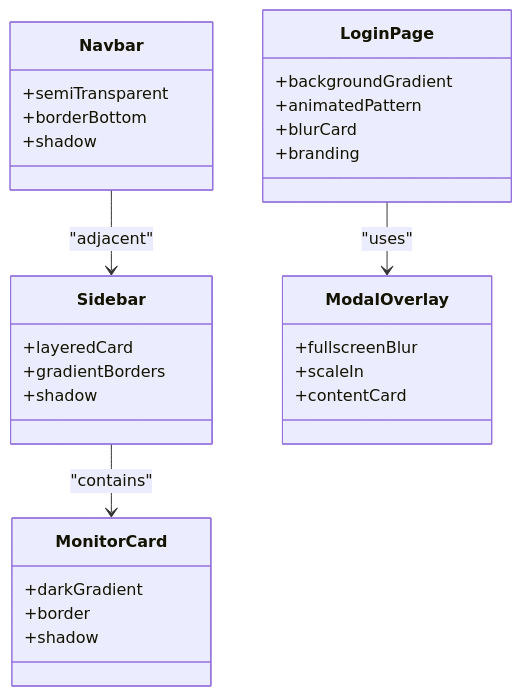
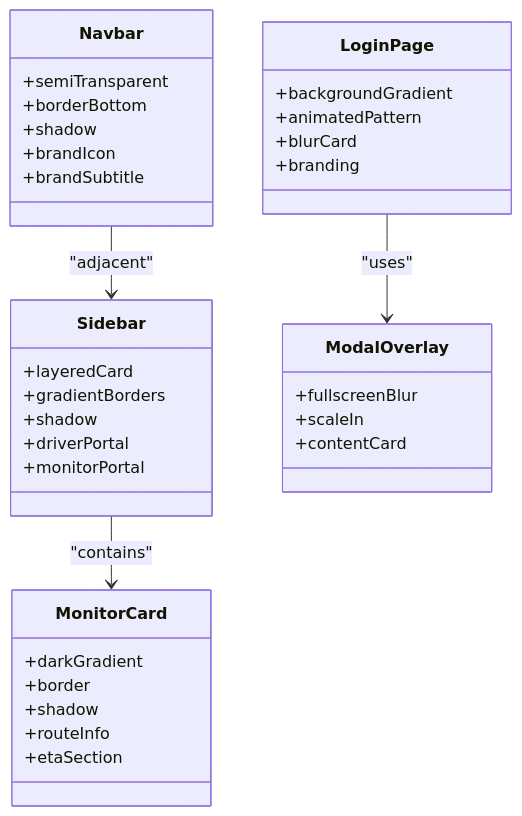
The third of 7 diagrams in .qoder/repowiki/en/content/User Interface and Design System.md (Rehanpatel3858/BusTrack-Pro), drawn with Mermaid before and after one commit. The commit also changed other lines of this file and 7 other files, not shown here.

````diff
--- a/.qoder/repowiki/en/content/User Interface and Design System.md
+++ b/.qoder/repowiki/en/content/User Interface and Design System.md
@@ -121,32 +137,38 @@
 ```mermaid
 classDiagram
 class LoginPage {
 +backgroundGradient
 +animatedPattern
 +blurCard
 +branding
 }
 class Navbar {
 +semiTransparent
 +borderBottom
 +shadow
++brandIcon
++brandSubtitle
 }
 class Sidebar {
 +layeredCard
 +gradientBorders
 +shadow
++driverPortal
++monitorPortal
 }
 class MonitorCard {
 +darkGradient
 +border
 +shadow
++routeInfo
++etaSection
 }
 class ModalOverlay {
 +fullscreenBlur
 +scaleIn
 +contentCard
 }
 LoginPage --> ModalOverlay : "uses"
 Navbar --> Sidebar : "adjacent"
 Sidebar --> MonitorCard : "contains"
 ```
````
